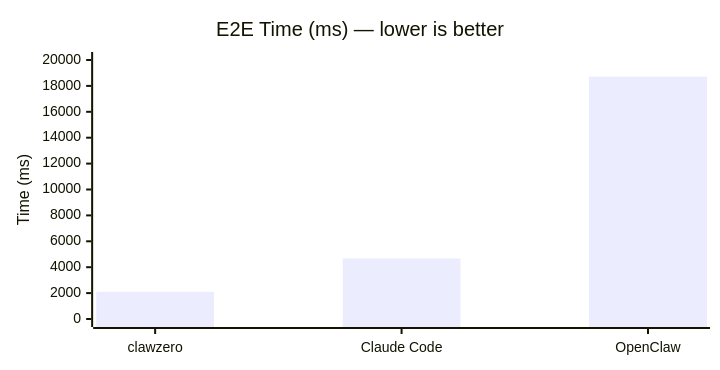
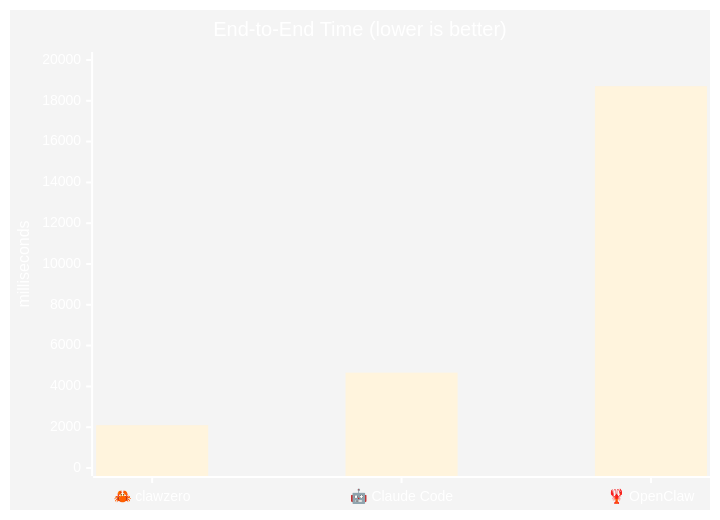
The second of 4 diagrams in README.md (betta-lab/clawzero), drawn with Mermaid before and after one commit. The commit also changed other lines of this file and 1 other file, not shown here.

````diff
--- a/README.md
+++ b/README.md
@@ -48,16 +42,8 @@
 ```mermaid
----
-config:
-    xyChart:
-        width: 700
-        height: 350
-    themeVariables:
-        xyChart:
-            backgroundColor: transparent
----
+%%{init: {'theme':'base', 'themeVariables': { 'primaryColor':'#10b981', 'primaryTextColor':'#fff', 'primaryBorderColor':'#059669', 'lineColor':'#6366f1', 'secondaryColor':'#ec4899', 'tertiaryColor':'#f59e0b'}}}%%
 xychart-beta
-    title "E2E Time (ms) — lower is better"
-    x-axis ["clawzero", "Claude Code", "OpenClaw"]
-    y-axis "Time (ms)" 0 --> 20000
+    title "End-to-End Time (lower is better)"
+    x-axis ["🦀 clawzero", "🤖 Claude Code", "🦞 OpenClaw"]
+    y-axis "milliseconds" 0 --> 20000
     bar [2100, 4674, 18718]
 ```
````
